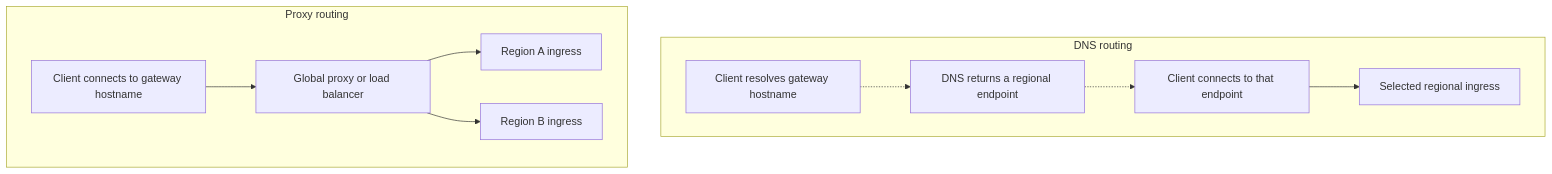
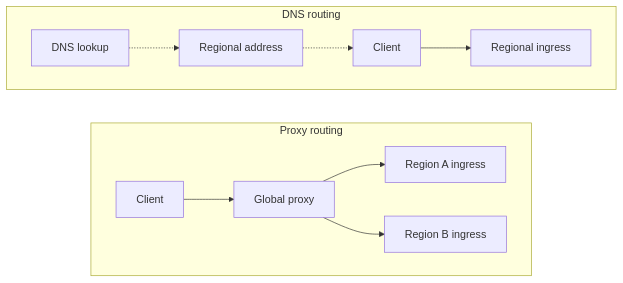
Before and after one commit to BerriAI/litellm-docs: the diagram in docs/proxy/deploy/multi_region/routing.md, drawn with Mermaid. The commit also changed 12 other files, not shown here.

Commit message:
docs: compact architecture diagrams for laptop viewing

````diff
--- a/docs/proxy/deploy/multi_region/routing.md
+++ b/docs/proxy/deploy/multi_region/routing.md
@@ -15,13 +15,16 @@
 ```mermaid
 flowchart TB
     subgraph DNS[DNS routing]
-        Resolver[Client resolves gateway hostname] -.-> Answer[DNS returns a regional endpoint]
-        Answer -.-> ClientA[Client connects to that endpoint]
-        ClientA --> RegionA[Selected regional ingress]
+        direction LR
+        Resolver[DNS lookup] -.-> Answer[Regional address]
+        Answer -.-> ClientA[Client]
+        ClientA --> RegionA[Regional ingress]
     end
     subgraph Proxy[Proxy routing]
-        ClientB[Client connects to gateway hostname] --> Global[Global proxy or load balancer]
+        direction LR
+        ClientB[Client] --> Global[Global proxy]
         Global --> A[Region A ingress]
         Global --> B[Region B ingress]
     end
+    DNS ~~~ Proxy
 ```
````
